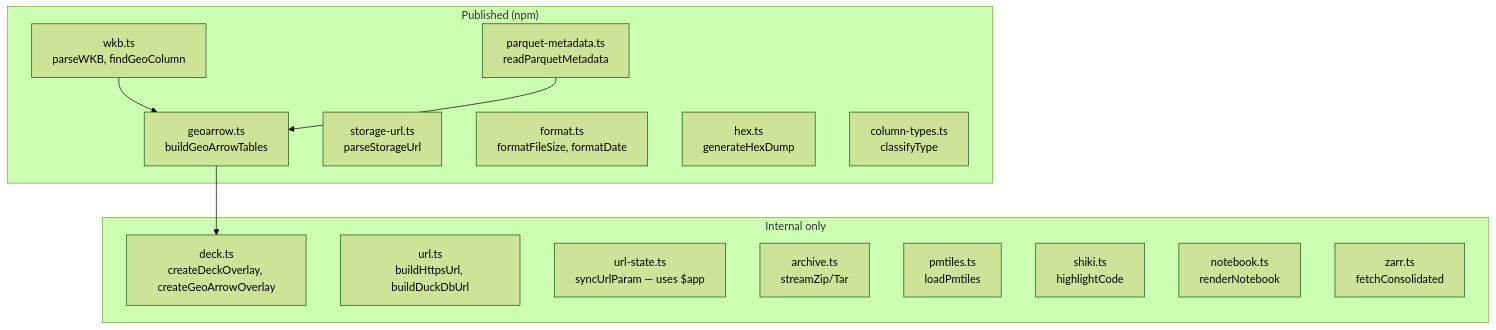
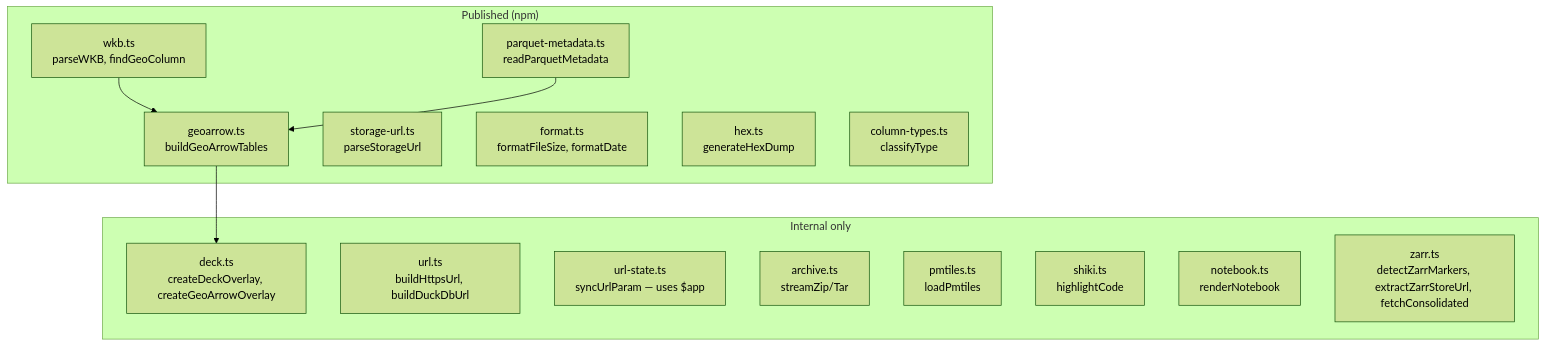
The diagram in src/lib/utils/CLAUDE.md (walkthru-earth/objex), drawn with Mermaid (forest theme) before and after one commit. The commit also changed other lines of this file and 9 other files, not shown here.

First line of the commit message:
feat: smart Zarr store detection and enriched map viewer dimensions

````diff
--- a/src/lib/utils/CLAUDE.md
+++ b/src/lib/utils/CLAUDE.md
@@ -5,25 +5,25 @@
 ```mermaid
 graph TD
     subgraph "Published (npm)"
         WKB[wkb.ts<br/>parseWKB, findGeoColumn]
         GA[geoarrow.ts<br/>buildGeoArrowTables]
         SU[storage-url.ts<br/>parseStorageUrl]
         PM[parquet-metadata.ts<br/>readParquetMetadata]
         FMT[format.ts<br/>formatFileSize, formatDate]
         HEX[hex.ts<br/>generateHexDump]
         CT[column-types.ts<br/>classifyType]
     end
     subgraph "Internal only"
         DECK[deck.ts<br/>createDeckOverlay, createGeoArrowOverlay]
         URL[url.ts<br/>buildHttpsUrl, buildDuckDbUrl]
         US[url-state.ts<br/>syncUrlParam — uses $app]
         ARC[archive.ts<br/>streamZip/Tar]
         PMT[pmtiles.ts<br/>loadPmtiles]
         SHIKI[shiki.ts<br/>highlightCode]
         NB[notebook.ts<br/>renderNotebook]
-        ZARR[zarr.ts<br/>fetchConsolidated]
+        ZARR[zarr.ts<br/>detectZarrMarkers, extractZarrStoreUrl, fetchConsolidated]
     end
     WKB --> GA
     PM --> GA
     GA --> DECK
 ```
````
